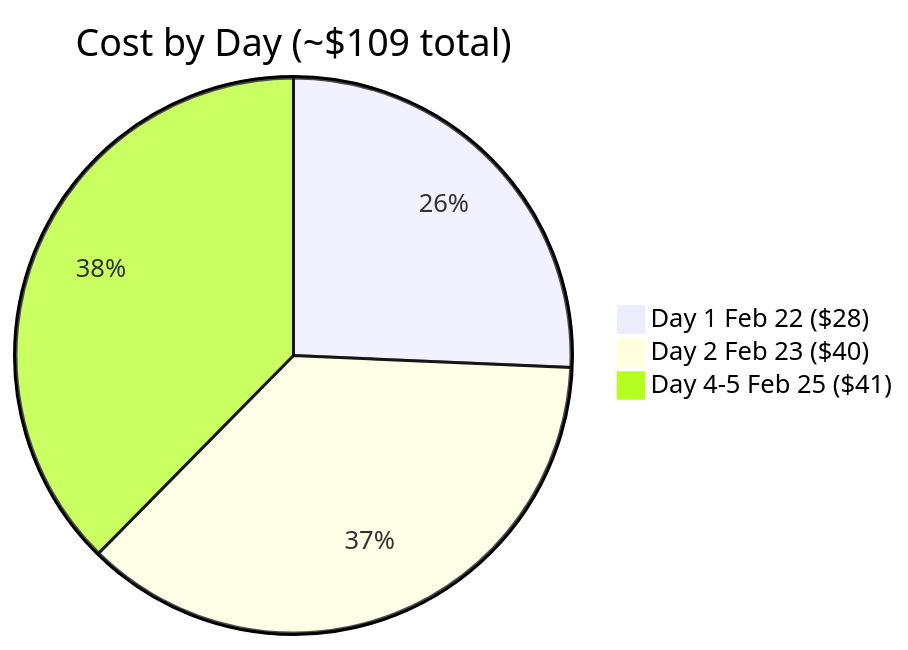
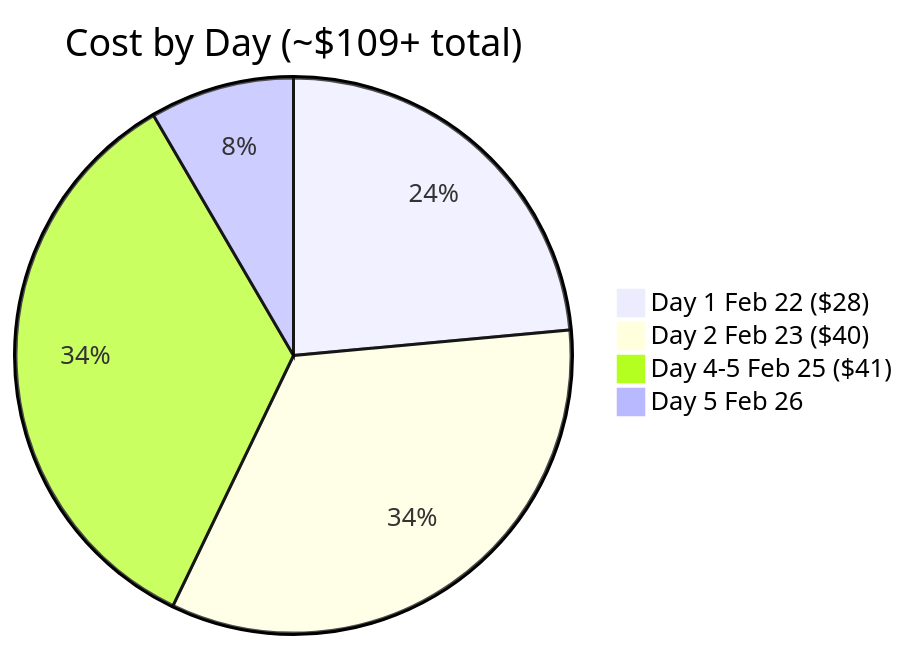
The fourth of 7 diagrams in README.md (atlantdak/claude-code-hackathon-xbo-market-kit), drawn with Mermaid before and after one commit. The commit also changed other lines of this file and 3 other files, not shown here.

````diff
--- a/README.md
+++ b/README.md
@@ -111,6 +116,7 @@
 ```mermaid
-pie title Cost by Day (~$109 total)
+pie title Cost by Day (~$109+ total)
     "Day 1 Feb 22 ($28)" : 28
     "Day 2 Feb 23 ($40)" : 40
     "Day 4-5 Feb 25 ($41)" : 41
+    "Day 5 Feb 26" : 10
 ```
````
